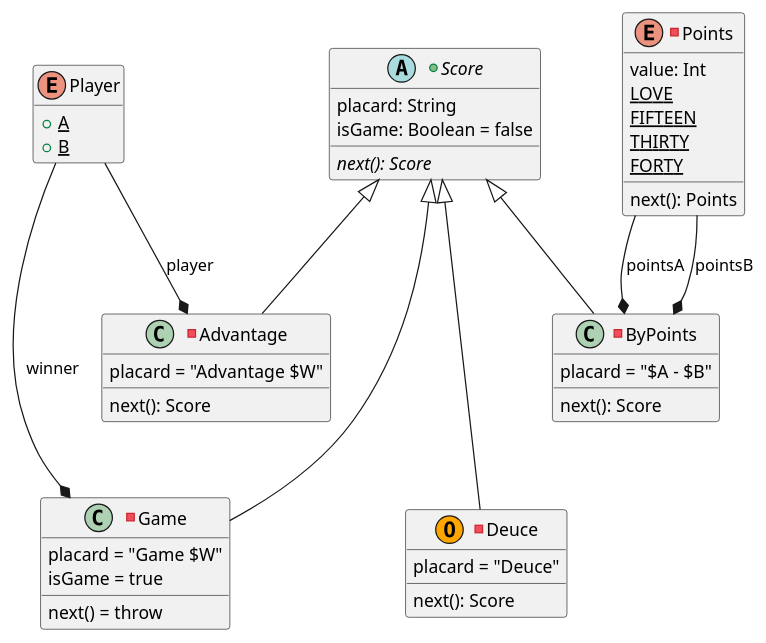
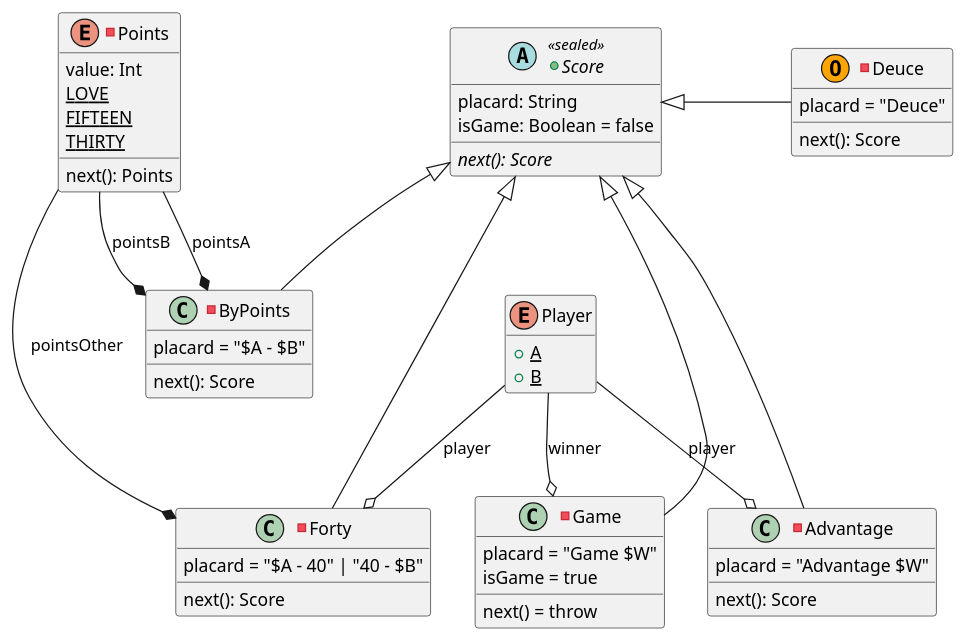
Before and after one commit to isel-leic-tds/2223v.31n: the diagram in Tennis/src/main/kotlin/pt/isel/tds/tennis/oo/ScoreOO.puml, drawn with PlantUML. The commit also changed 9 other files, not shown here.

```diff
--- a/Tennis/src/main/kotlin/pt/isel/tds/tennis/oo/ScoreOO.puml
+++ b/Tennis/src/main/kotlin/pt/isel/tds/tennis/oo/ScoreOO.puml
@@ -1,55 +1,62 @@
 @startuml
 'https://plantuml.com/class-diagram
 
 hide empty members
 
 enum Player {
     + {static} A
     + {static} B
 }
 
 -enum Points {
     value: Int
     {static} LOVE
     {static} FIFTEEN
     {static} THIRTY
-    {static} FORTY
+ '   {static} FORTY
     next(): Points
 }
 
-+abstract class Score {
++abstract class Score <<sealed>>{
     placard: String
     isGame: Boolean = false
     {abstract} next(): Score
 }
 
 -class ByPoints {
     placard = "$A - $B"
     next(): Score
 }
 Score <|-- ByPoints
 Points --* ByPoints : pointsA
 Points --* ByPoints : pointsB
 
 -class Advantage {
     placard = "Advantage $W"
     next(): Score
 }
 Score <|-- Advantage
-Player --* Advantage : player
+Player --o Advantage : player
 
 -class Game {
     placard = "Game $W"
     next() = throw
     isGame = true
 }
 Score <|--- Game
-Player --* Game : winner
+Player --o Game : winner
 
 -class Deuce <<(O,orange)>> {
     placard = "Deuce"
     next(): Score
 }
-Score <|--- Deuce
+Score <|- Deuce :"                    "
 
+-class Forty {
+    placard = "$A - 40" | "40 - $B"
+    next(): Score
+}
+Score <|--- Forty
+Player --o Forty : player
+Points --* Forty : pointsOther
 @enduml
```
